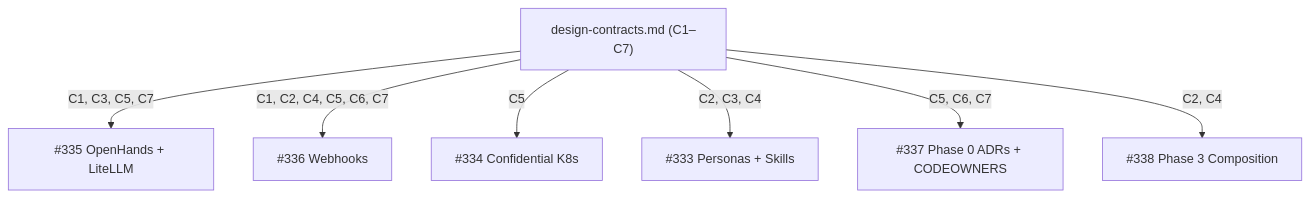
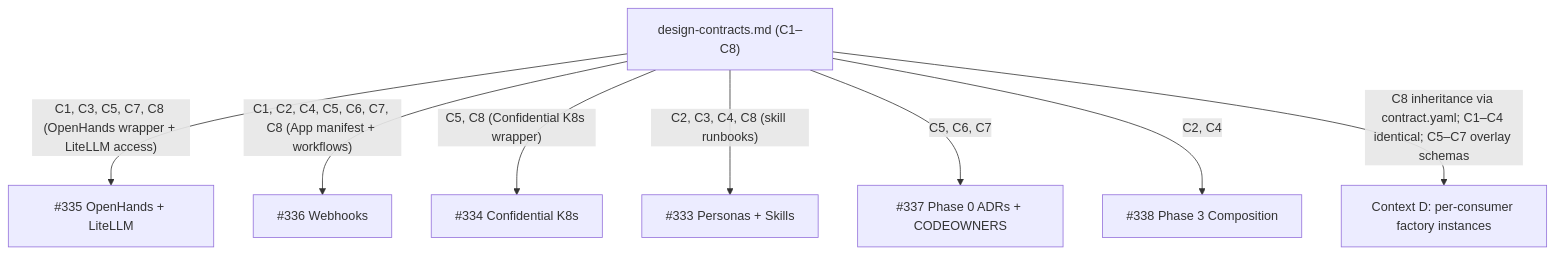
The diagram in docs/blueprint/architecture/decisions/ADR-issue-339-factory-design-contracts.md (sbonoc/stackit-platform-blueprint), drawn with Mermaid before and after one commit. The commit also changed other lines of this file and 9 other files, not shown here.

First line of the commit message:
feat(issue-339-factory-design-contracts): parameterized profile + C8 consumer surface

````diff
--- a/docs/blueprint/architecture/decisions/ADR-issue-339-factory-design-contracts.md
+++ b/docs/blueprint/architecture/decisions/ADR-issue-339-factory-design-contracts.md
@@ -51,10 +60,11 @@
 ```mermaid
 flowchart TD
-    Doc["design-contracts.md (C1–C7)"]
-    Doc -- "C1, C3, C5, C7" --> T335["#335 OpenHands + LiteLLM"]
-    Doc -- "C1, C2, C4, C5, C6, C7" --> T336["#336 Webhooks"]
-    Doc -- "C5" --> T334["#334 Confidential K8s"]
-    Doc -- "C2, C3, C4" --> T333["#333 Personas + Skills"]
+    Doc["design-contracts.md (C1–C8)"]
+    Doc -- "C1, C3, C5, C7, C8 (OpenHands wrapper + LiteLLM access)" --> T335["#335 OpenHands + LiteLLM"]
+    Doc -- "C1, C2, C4, C5, C6, C7, C8 (App manifest + workflows)" --> T336["#336 Webhooks"]
+    Doc -- "C5, C8 (Confidential K8s wrapper)" --> T334["#334 Confidential K8s"]
+    Doc -- "C2, C3, C4, C8 (skill runbooks)" --> T333["#333 Personas + Skills"]
     Doc -- "C5, C6, C7" --> T337["#337 Phase 0 ADRs + CODEOWNERS"]
     Doc -- "C2, C4" --> T338["#338 Phase 3 Composition"]
+    Doc -- "C8 inheritance via contract.yaml; C1–C4 identical; C5–C7 overlay schemas" --> ContextD["Context D: per-consumer factory instances"]
 ```
````
